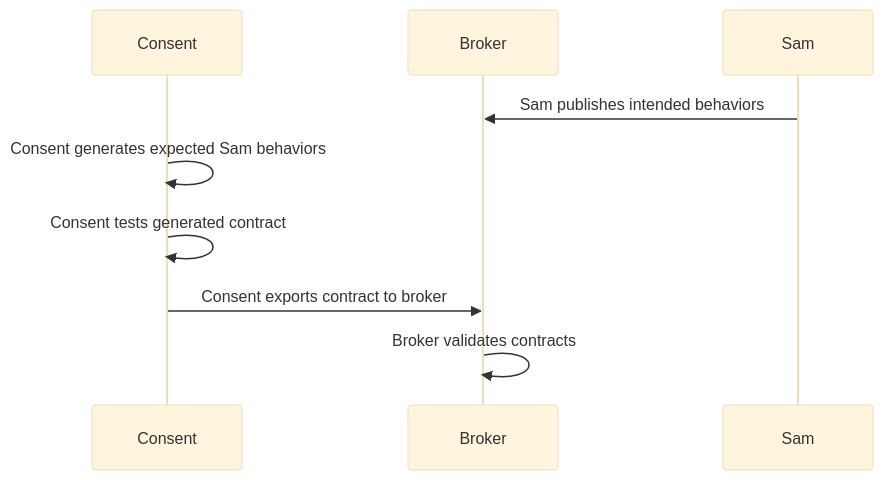
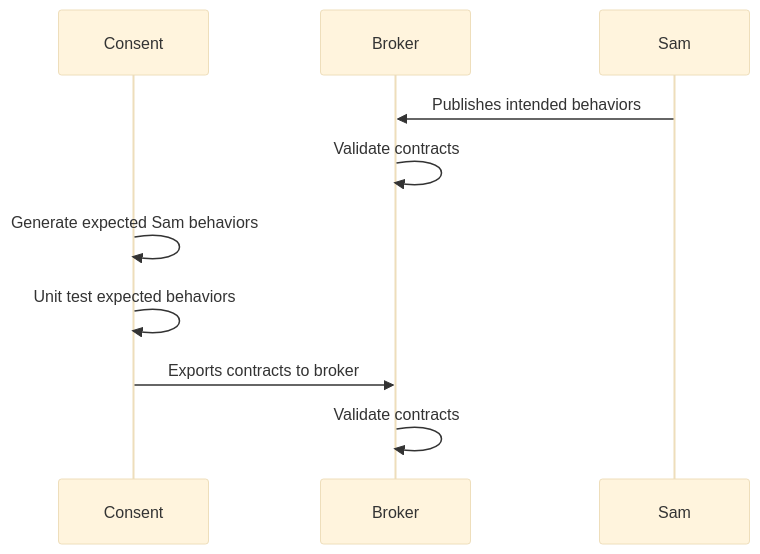
One commit to DataBiosphere/consent changed the diagram in src/test/java/org/broadinstitute/consent/pact/README.md. Above: the diagram before and after it, drawn with Mermaid (base theme). The commit also changed 2 other files, not shown here.

Commit message:
some clean up

````diff
--- a/src/test/java/org/broadinstitute/consent/pact/README.md
+++ b/src/test/java/org/broadinstitute/consent/pact/README.md
@@ -28,11 +28,12 @@
 ```mermaid
 sequenceDiagram
   participant Consent
   participant Broker
   participant Sam
-  Sam->>Broker: Sam publishes intended behaviors
-  Consent->>Consent: Consent generates expected Sam behaviors
-  Consent->>Consent: Consent tests generated contract
-  Consent->>Broker: Consent exports contract to broker
-  Broker->>Broker: Broker validates contracts
+  Sam->>Broker: Publishes intended behaviors
+  Broker->>Broker: Validate contracts
+  Consent->>Consent: Generate expected Sam behaviors
+  Consent->>Consent: Unit test expected behaviors
+  Consent->>Broker: Exports contracts to broker
+  Broker->>Broker: Validate contracts
 ```
````
